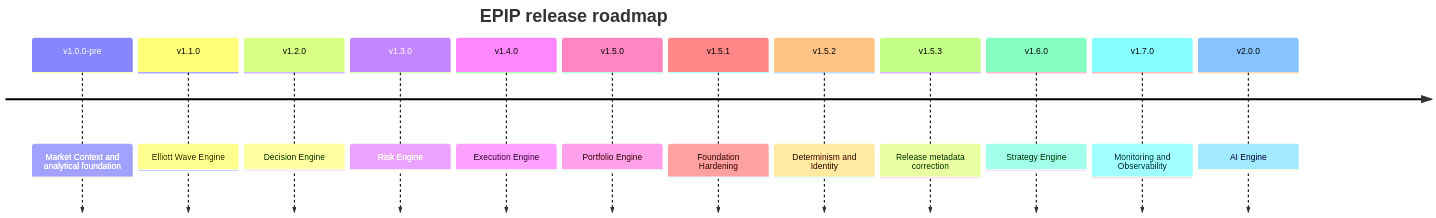
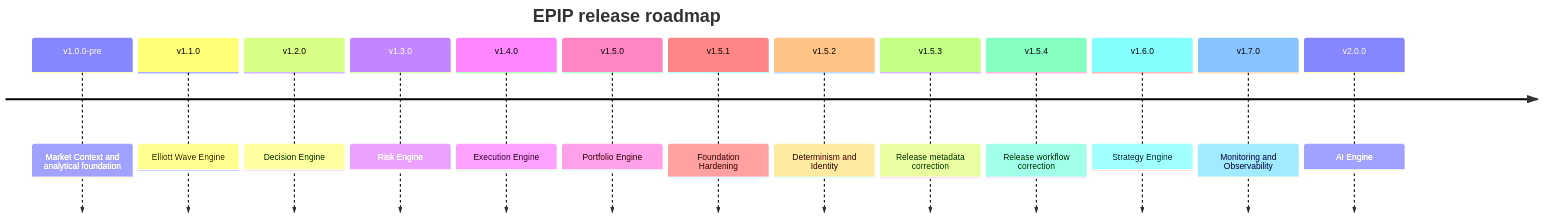
Before and after one commit to AymenBarka/EPIP: the diagram in docs/project/ROADMAP.md, drawn with Mermaid. The commit also changed other lines of this file and 4 other files, not shown here.

````diff
--- a/docs/project/ROADMAP.md
+++ b/docs/project/ROADMAP.md
@@ -3,16 +3,17 @@
 ```mermaid
 timeline
     title EPIP release roadmap
     v1.0.0-pre : Market Context and analytical foundation
     v1.1.0 : Elliott Wave Engine
     v1.2.0 : Decision Engine
     v1.3.0 : Risk Engine
     v1.4.0 : Execution Engine
     v1.5.0 : Portfolio Engine
     v1.5.1 : Foundation Hardening
     v1.5.2 : Determinism and Identity
     v1.5.3 : Release metadata correction
+    v1.5.4 : Release workflow correction
     v1.6.0 : Strategy Engine
     v1.7.0 : Monitoring and Observability
     v2.0.0 : AI Engine
 ```
````
